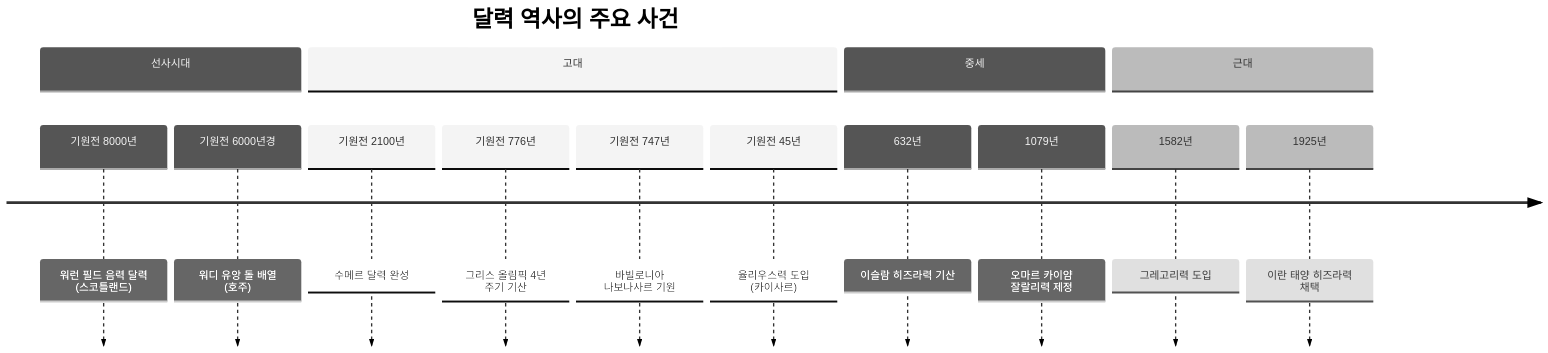
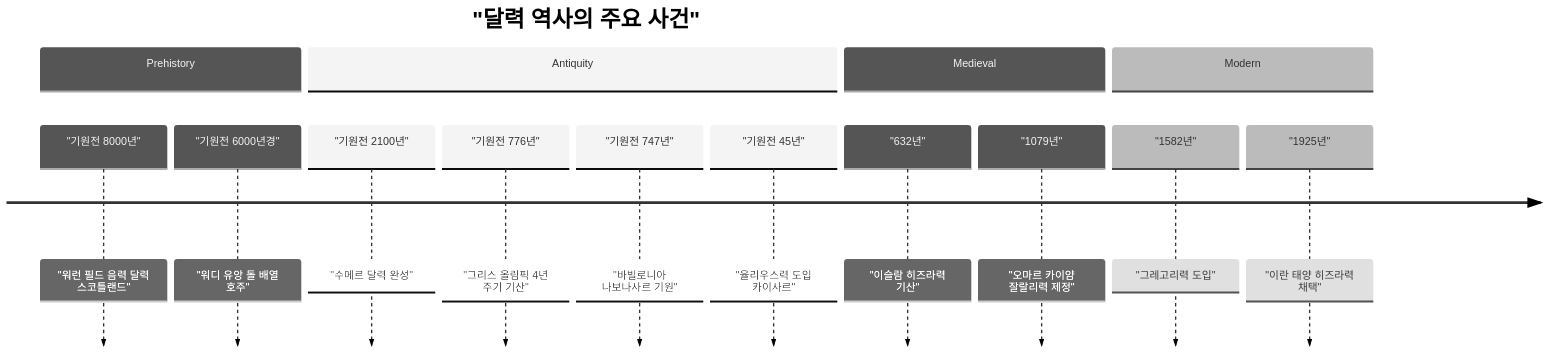
The diagram in content/post/2026/2026-02-22-history-of-calendars-fascinating-story/index.md (42jerrykim/42jerrykim.github.io), drawn with Mermaid (neutral theme) before and after one commit. The commit also changed other lines of this file and 239 other files, not shown here.

````diff
--- a/content/post/2026/2026-02-22-history-of-calendars-fascinating-story/index.md
+++ b/content/post/2026/2026-02-22-history-of-calendars-fascinating-story/index.md
@@ -88,18 +158,18 @@
 ```mermaid
 timeline
-    title 달력 역사의 주요 사건
-    section 선사시대
-        기원전 8000년 : 워런 필드 음력 달력 (스코틀랜드)
-        기원전 6000년경 : 워디 유앙 돌 배열 (호주)
-    section 고대
-        기원전 2100년 : 수메르 달력 완성
-        기원전 776년 : 그리스 올림픽 4년 주기 기산
-        기원전 747년 : 바빌로니아 나보나사르 기원
-        기원전 45년 : 율리우스력 도입 (카이사르)
-    section 중세
-        632년 : 이슬람 히즈라력 기산
-        1079년 : 오마르 카이얌 잘랄리력 제정
-    section 근대
-        1582년 : 그레고리력 도입
-        1925년 : 이란 태양 히즈라력 채택
+    title "달력 역사의 주요 사건"
+    section Prehistory
+        "기원전 8000년" : "워런 필드 음력 달력 스코틀랜드"
+        "기원전 6000년경" : "워디 유앙 돌 배열 호주"
+    section Antiquity
+        "기원전 2100년" : "수메르 달력 완성"
+        "기원전 776년" : "그리스 올림픽 4년 주기 기산"
+        "기원전 747년" : "바빌로니아 나보나사르 기원"
+        "기원전 45년" : "율리우스력 도입 카이사르"
+    section Medieval
+        "632년" : "이슬람 히즈라력 기산"
+        "1079년" : "오마르 카이얌 잘랄리력 제정"
+    section Modern
+        "1582년" : "그레고리력 도입"
+        "1925년" : "이란 태양 히즈라력 채택"
 ```
````
